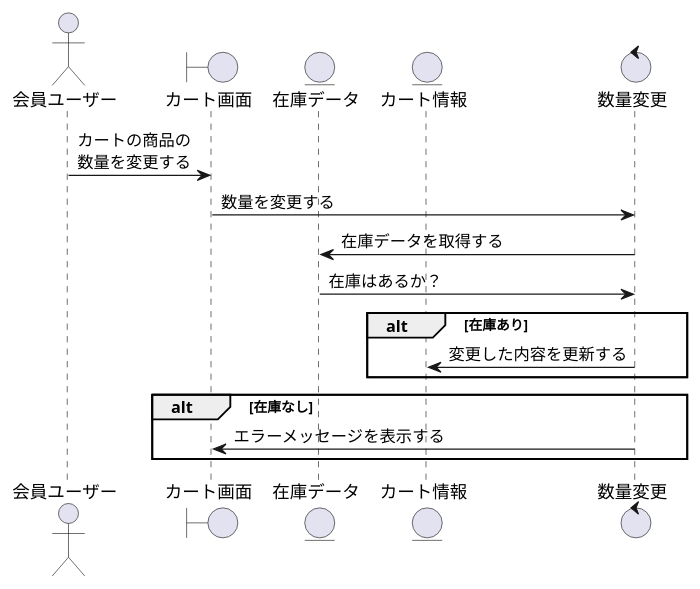
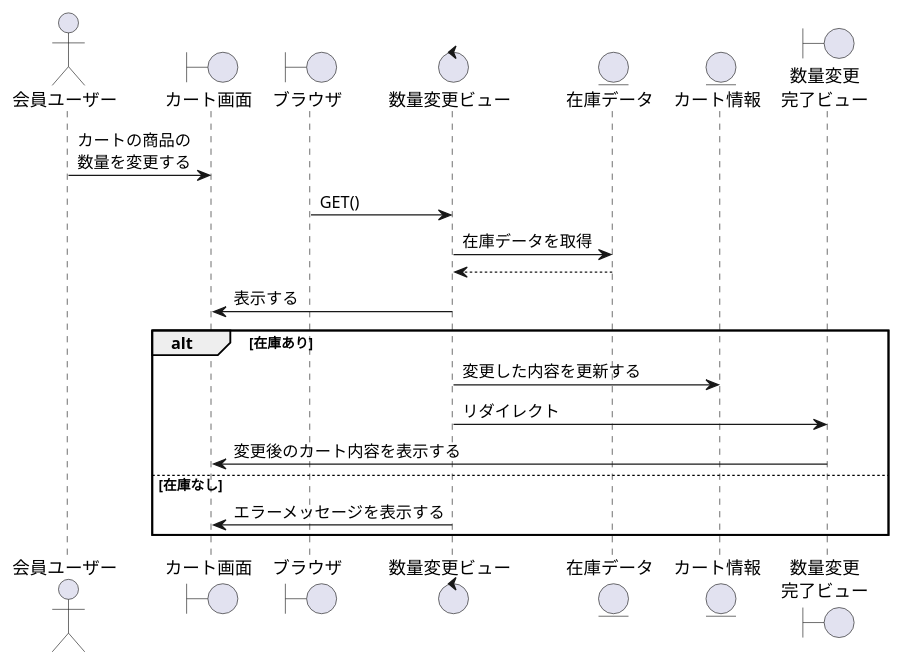
Before and after one commit to ysyk-wtnb16/team_D: the diagram in BBショップ/カート数量変更.wsd, drawn with PlantUML.

```diff
--- a/BBショップ/カート数量変更.wsd
+++ b/BBショップ/カート数量変更.wsd
@@ -1,21 +1,25 @@
 @startuml shop
 
-actor 会員ユーザー as act
-boundary カート画面 as kart
-entity 在庫データ as stockData
-entity カート情報 as kartInfo
-control 数量変更 as new
+actor "会員ユーザー" as act
+boundary "カート画面" as cart
+boundary "ブラウザ" as brz
+control "数量変更ビュー" as shv
+entity "在庫データ" as stockdata
+entity "カート情報" as cartinfo
+boundary "数量変更\n完了ビュー" as shkv
 
-act -> kart:カートの商品の\n数量を変更する
-kart -> new: 数量を変更する
-new -> stockData: 在庫データを取得する
-stockData -> new: 在庫はあるか？
+act -> cart:カートの商品の\n数量を変更する
+brz -> shv: GET()
+shv -> stockdata: 在庫データを取得
+shv <-- stockdata:
+cart <- shv: 表示する
 
 alt 在庫あり
-    new -> kartInfo: 変更した内容を更新する
-end
+    shv -> cartinfo: 変更した内容を更新する
+    shv -> shkv: リダイレクト
+    cart <- shkv: 変更後のカート内容を表示する
 
-alt 在庫なし
-    new -> kart: エラーメッセージを表示する
+else 在庫なし
+    shv -> cart: エラーメッセージを表示する
 end
 @enduml
```
